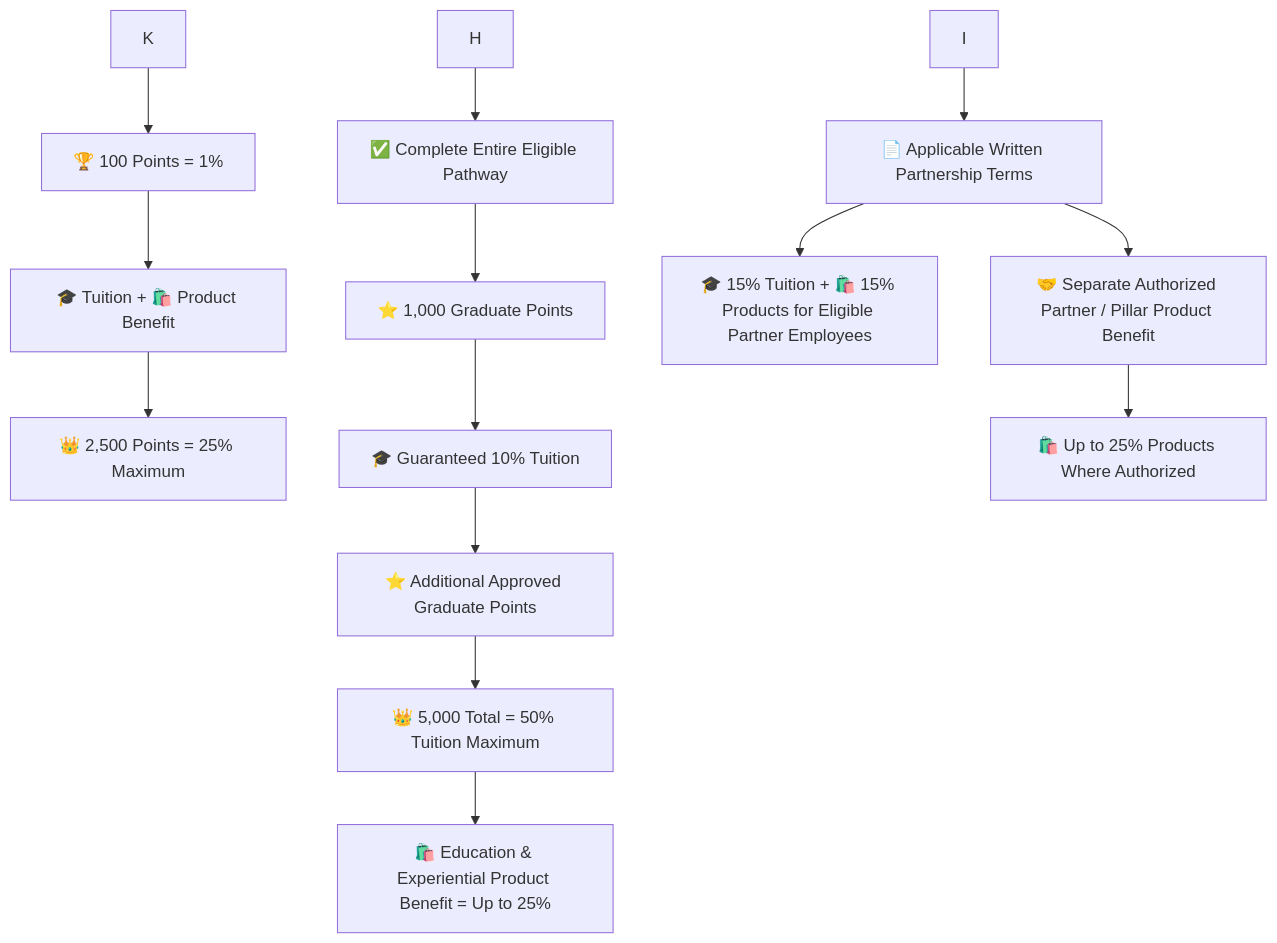
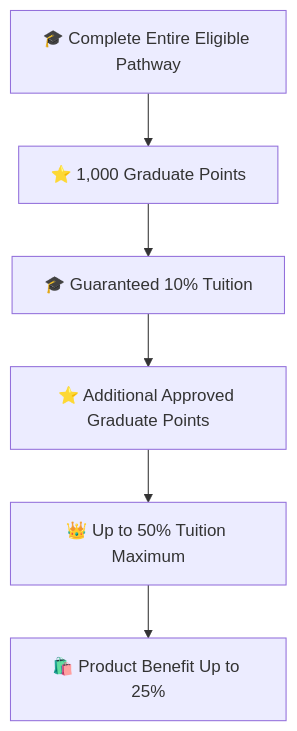
One commit to RIAHPathway/Website changed the third of 4 diagrams in Contributor-Benefits/README.md. Above: the diagram before and after it, drawn with Mermaid. The commit also changed other lines of this file, not shown here.

Commit message:
Simplify Mermaid diagrams to high-level visual flows

````diff
--- a/Contributor-Benefits/README.md
+++ b/Contributor-Benefits/README.md
@@ -131,17 +122,8 @@
 ```mermaid
 flowchart TB
-L["🏆 100 Points = 1%"]
-K --> L
-L --> M["🎓 Tuition + 🛍️ Product Benefit"]
-M --> N["👑 2,500 Points = 25% Maximum"]
-H --> O["✅ Complete Entire Eligible Pathway"]
-O --> P["⭐ 1,000 Graduate Points"]
-P --> Q["🎓 Guaranteed 10% Tuition"]
-Q --> R["⭐ Additional Approved Graduate Points"]
-R --> S["👑 5,000 Total = 50% Tuition Maximum"]
-S --> T["🛍️ Education & Experiential Product Benefit = Up to 25%"]
-I --> U["📄 Applicable Written Partnership Terms"]
-U --> V["🎓 15% Tuition + 🛍️ 15% Products for Eligible Partner Employees"]
-U --> W["🤝 Separate Authorized Partner / Pillar Product Benefit"]
-W --> X["🛍️ Up to 25% Products Where Authorized"]
+A["🎓 Complete Entire Eligible Pathway"] --> B["⭐ 1,000 Graduate Points"]
+B --> C["🎓 Guaranteed 10% Tuition"]
+C --> D["⭐ Additional Approved Graduate Points"]
+D --> E["👑 Up to 50% Tuition Maximum"]
+E --> F["🛍️ Product Benefit Up to 25%"]
 ```
````
